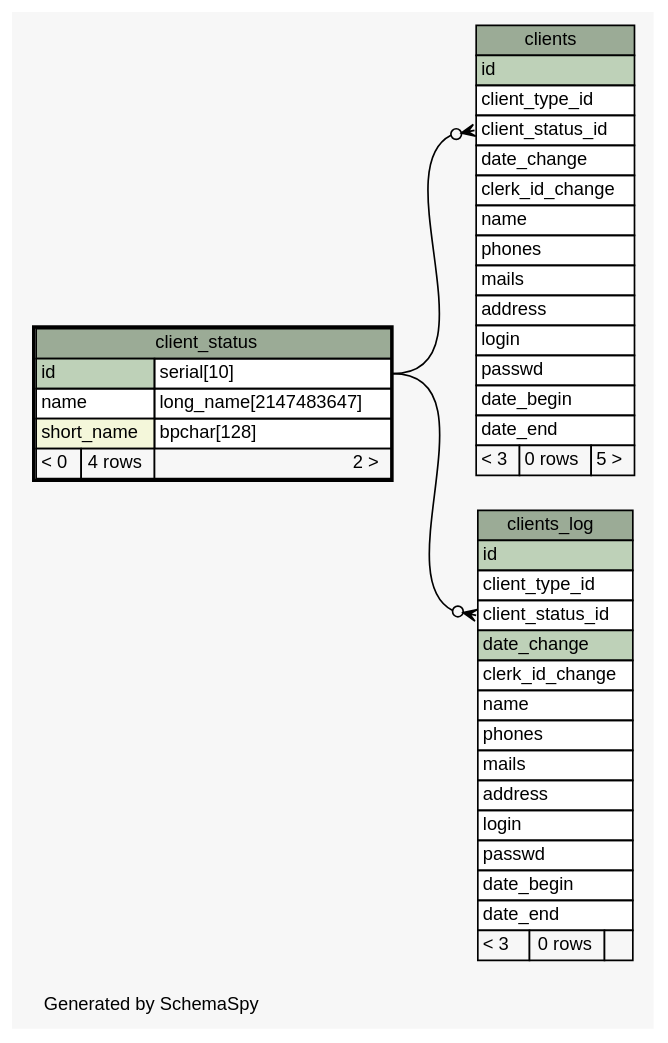
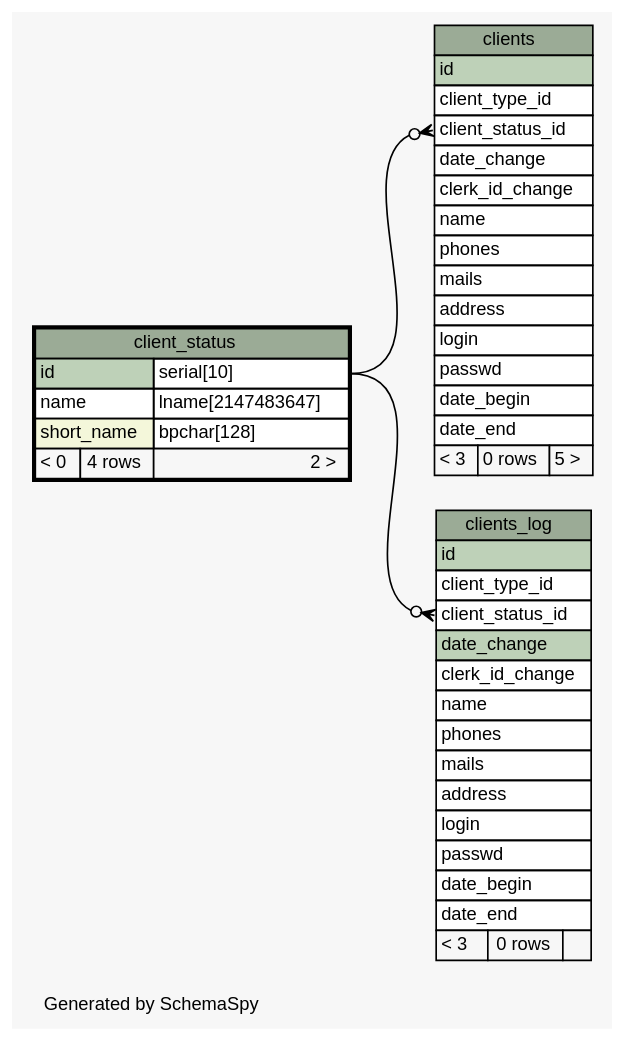
One commit to okharch/avox changed the diagram in db_schema/diagrams/client_status.1degree.dot. Above: the diagram before and after it, drawn with Graphviz. The commit also changed 70 other files, not shown here.

```diff
--- a/db_schema/diagrams/client_status.1degree.dot
+++ b/db_schema/diagrams/client_status.1degree.dot
@@ -1,80 +1,80 @@
 // dot 2.26.0 on Linux 2.6.32-358.2.1.el6.x86_64
 // SchemaSpy rev 590
 digraph "oneDegreeRelationshipsDiagram" {
   graph [
     rankdir="RL"
     bgcolor="#f7f7f7"
     label="\nGenerated by SchemaSpy"
     labeljust="l"
     nodesep="0.18"
     ranksep="0.46"
     fontname="Helvetica"
     fontsize="11"
   ];
   node [
     fontname="Helvetica"
     fontsize="11"
     shape="plaintext"
   ];
   edge [
     arrowsize="0.8"
   ];
   "clients":"client_status_id":w -> "client_status":"id.type":e [arrowhead=none dir=back arrowtail=crowodot];
   "clients_log":"client_status_id":w -> "client_status":"id.type":e [arrowhead=none dir=back arrowtail=crowodot];
   "client_status" [
     label=<
     <TABLE BORDER="2" CELLBORDER="1" CELLSPACING="0" BGCOLOR="#ffffff">
       <TR><TD COLSPAN="3" BGCOLOR="#9bab96" ALIGN="CENTER">client_status</TD></TR>
       <TR><TD PORT="id" COLSPAN="2" BGCOLOR="#bed1b8" ALIGN="LEFT">id</TD><TD PORT="id.type" ALIGN="LEFT">serial[10]</TD></TR>
-      <TR><TD PORT="name" COLSPAN="2" ALIGN="LEFT">name</TD><TD PORT="name.type" ALIGN="LEFT">long_name[2147483647]</TD></TR>
+      <TR><TD PORT="name" COLSPAN="2" ALIGN="LEFT">name</TD><TD PORT="name.type" ALIGN="LEFT">lname[2147483647]</TD></TR>
       <TR><TD PORT="short_name" COLSPAN="2" BGCOLOR="#f4f7da" ALIGN="LEFT">short_name</TD><TD PORT="short_name.type" ALIGN="LEFT">bpchar[128]</TD></TR>
       <TR><TD ALIGN="LEFT" BGCOLOR="#f7f7f7">&lt; 0</TD><TD ALIGN="RIGHT" BGCOLOR="#f7f7f7">4 rows</TD><TD ALIGN="RIGHT" BGCOLOR="#f7f7f7">2 &gt;</TD></TR>
     </TABLE>>
     URL="client_status.html"
     tooltip="client_status"
   ];
   "clients" [
     label=<
     <TABLE BORDER="0" CELLBORDER="1" CELLSPACING="0" BGCOLOR="#ffffff">
       <TR><TD COLSPAN="3" BGCOLOR="#9bab96" ALIGN="CENTER">clients</TD></TR>
       <TR><TD PORT="id" COLSPAN="3" BGCOLOR="#bed1b8" ALIGN="LEFT">id</TD></TR>
       <TR><TD PORT="client_type_id" COLSPAN="3" ALIGN="LEFT">client_type_id</TD></TR>
       <TR><TD PORT="client_status_id" COLSPAN="3" ALIGN="LEFT">client_status_id</TD></TR>
       <TR><TD PORT="date_change" COLSPAN="3" ALIGN="LEFT">date_change</TD></TR>
       <TR><TD PORT="clerk_id_change" COLSPAN="3" ALIGN="LEFT">clerk_id_change</TD></TR>
       <TR><TD PORT="name" COLSPAN="3" ALIGN="LEFT">name</TD></TR>
       <TR><TD PORT="phones" COLSPAN="3" ALIGN="LEFT">phones</TD></TR>
       <TR><TD PORT="mails" COLSPAN="3" ALIGN="LEFT">mails</TD></TR>
       <TR><TD PORT="address" COLSPAN="3" ALIGN="LEFT">address</TD></TR>
       <TR><TD PORT="login" COLSPAN="3" ALIGN="LEFT">login</TD></TR>
       <TR><TD PORT="passwd" COLSPAN="3" ALIGN="LEFT">passwd</TD></TR>
       <TR><TD PORT="date_begin" COLSPAN="3" ALIGN="LEFT">date_begin</TD></TR>
       <TR><TD PORT="date_end" COLSPAN="3" ALIGN="LEFT">date_end</TD></TR>
       <TR><TD ALIGN="LEFT" BGCOLOR="#f7f7f7">&lt; 3</TD><TD ALIGN="RIGHT" BGCOLOR="#f7f7f7">0 rows</TD><TD ALIGN="RIGHT" BGCOLOR="#f7f7f7">5 &gt;</TD></TR>
     </TABLE>>
     URL="clients.html"
     tooltip="clients"
   ];
   "clients_log" [
     label=<
     <TABLE BORDER="0" CELLBORDER="1" CELLSPACING="0" BGCOLOR="#ffffff">
       <TR><TD COLSPAN="3" BGCOLOR="#9bab96" ALIGN="CENTER">clients_log</TD></TR>
       <TR><TD PORT="id" COLSPAN="3" BGCOLOR="#bed1b8" ALIGN="LEFT">id</TD></TR>
       <TR><TD PORT="client_type_id" COLSPAN="3" ALIGN="LEFT">client_type_id</TD></TR>
       <TR><TD PORT="client_status_id" COLSPAN="3" ALIGN="LEFT">client_status_id</TD></TR>
       <TR><TD PORT="date_change" COLSPAN="3" BGCOLOR="#bed1b8" ALIGN="LEFT">date_change</TD></TR>
       <TR><TD PORT="clerk_id_change" COLSPAN="3" ALIGN="LEFT">clerk_id_change</TD></TR>
       <TR><TD PORT="name" COLSPAN="3" ALIGN="LEFT">name</TD></TR>
       <TR><TD PORT="phones" COLSPAN="3" ALIGN="LEFT">phones</TD></TR>
       <TR><TD PORT="mails" COLSPAN="3" ALIGN="LEFT">mails</TD></TR>
       <TR><TD PORT="address" COLSPAN="3" ALIGN="LEFT">address</TD></TR>
       <TR><TD PORT="login" COLSPAN="3" ALIGN="LEFT">login</TD></TR>
       <TR><TD PORT="passwd" COLSPAN="3" ALIGN="LEFT">passwd</TD></TR>
       <TR><TD PORT="date_begin" COLSPAN="3" ALIGN="LEFT">date_begin</TD></TR>
       <TR><TD PORT="date_end" COLSPAN="3" ALIGN="LEFT">date_end</TD></TR>
       <TR><TD ALIGN="LEFT" BGCOLOR="#f7f7f7">&lt; 3</TD><TD ALIGN="RIGHT" BGCOLOR="#f7f7f7">0 rows</TD><TD ALIGN="RIGHT" BGCOLOR="#f7f7f7">  </TD></TR>
     </TABLE>>
     URL="clients_log.html"
     tooltip="clients_log"
   ];
 }
```
